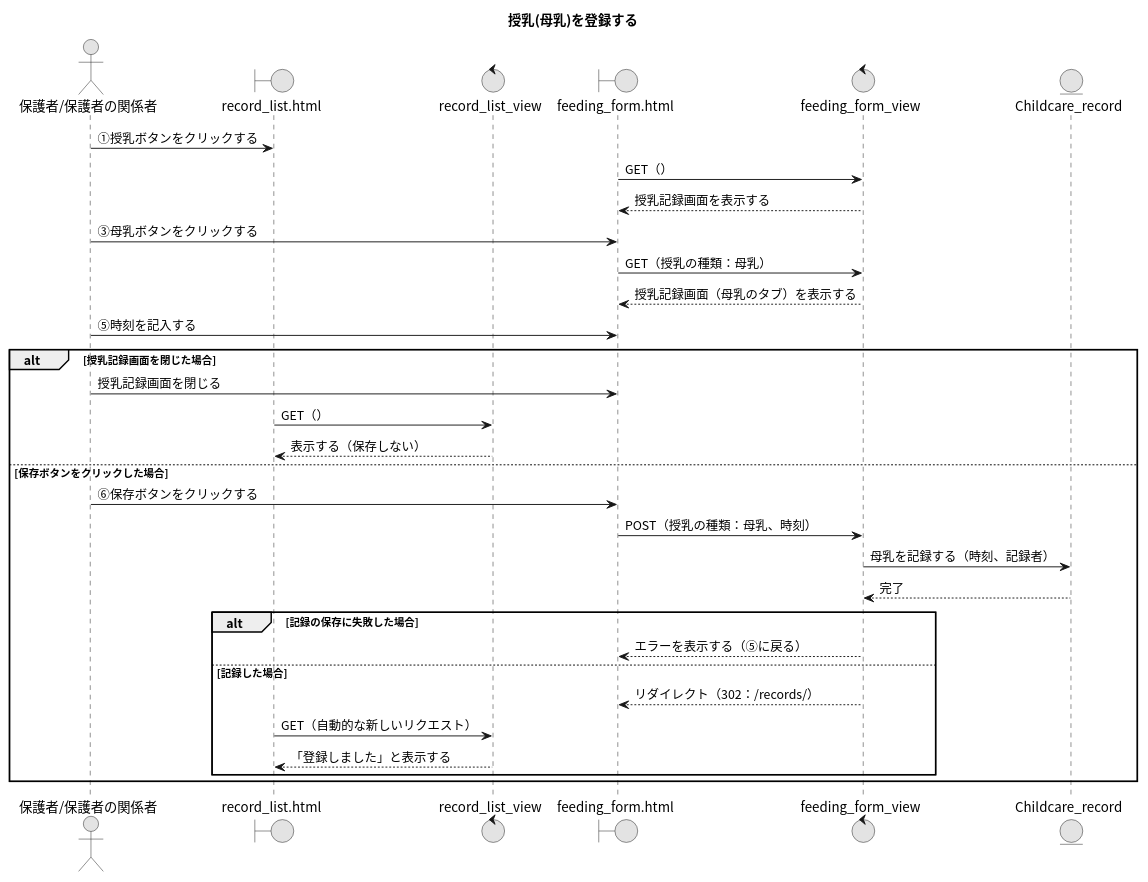
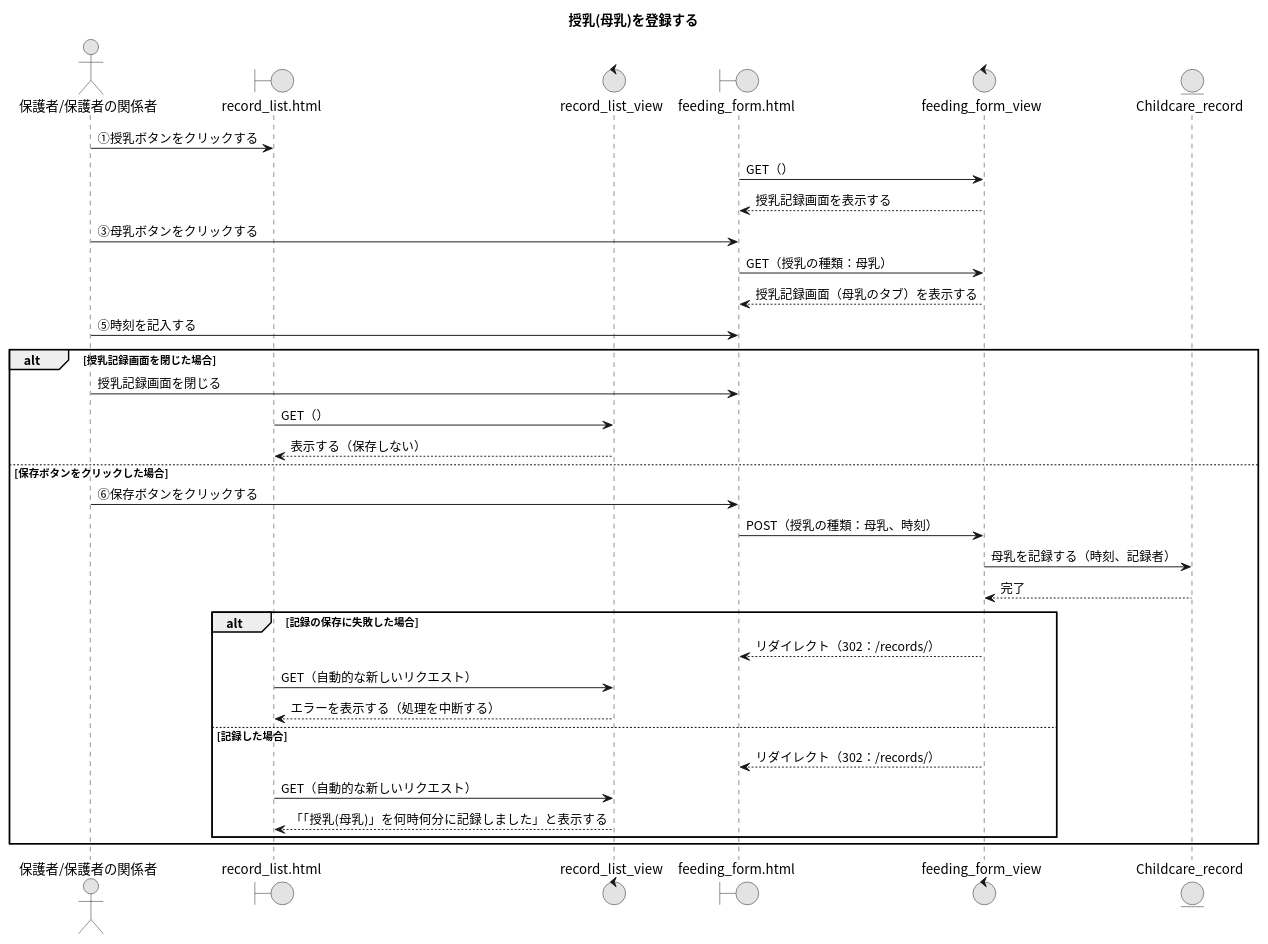
One commit to Ma2naga190330/26_sotugyou_puml changed the diagram in 27_授乳(母乳)を登録する.puml. Above: the diagram before and after it, drawn with PlantUML. The commit also changed 13 other files, not shown here.

```diff
--- a/27_授乳(母乳)を登録する.puml
+++ b/27_授乳(母乳)を登録する.puml
@@ -1,39 +1,41 @@
 @startuml
 title 授乳(母乳)を登録する
 skinparam defaultFontName "Noto Sans CJK JP"
 skinparam monochrome true
 
 actor "保護者/保護者の関係者" as A
 boundary "record_list.html" as RLP
 control "record_list_view" as RLV
 boundary "feeding_form.html" as FFP
 control "feeding_form_view" as FFV
 entity "Childcare_record" as CRM
 
 A -> RLP : ①授乳ボタンをクリックする
 FFP -> FFV : GET（）
 FFV --> FFP : 授乳記録画面を表示する
 
 A -> FFP : ③母乳ボタンをクリックする
 FFP -> FFV : GET（授乳の種類：母乳）
 FFV --> FFP : 授乳記録画面（母乳のタブ）を表示する
 
 A -> FFP : ⑤時刻を記入する
 alt 授乳記録画面を閉じた場合
   A -> FFP : 授乳記録画面を閉じる
   RLP -> RLV : GET（）
   RLV --> RLP : 表示する（保存しない）
 else 保存ボタンをクリックした場合
   A -> FFP : ⑥保存ボタンをクリックする
   FFP -> FFV : POST（授乳の種類：母乳、時刻）
   FFV -> CRM : 母乳を記録する（時刻、記録者）
   FFV <-- CRM : 完了
   alt 記録の保存に失敗した場合
-    FFV --> FFP : エラーを表示する（⑤に戻る）
+    FFV --> FFP : リダイレクト（302：/records/）
+    RLP -> RLV : GET（自動的な新しいリクエスト）
+    RLV --> RLP : エラーを表示する（処理を中断する）
   else 記録した場合
     FFV --> FFP : リダイレクト（302：/records/）
     RLP -> RLV : GET（自動的な新しいリクエスト）
-    RLV --> RLP : 「登録しました」と表示する
+    RLV --> RLP : 「「授乳(母乳)」を何時何分に記録しました」と表示する
   end
 end
 @enduml
```
